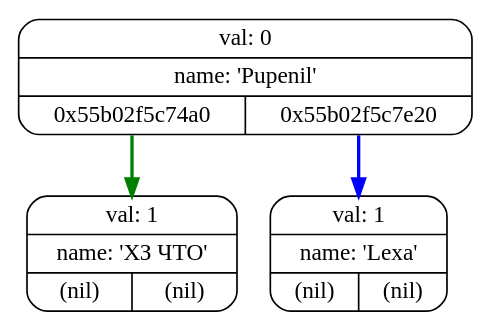
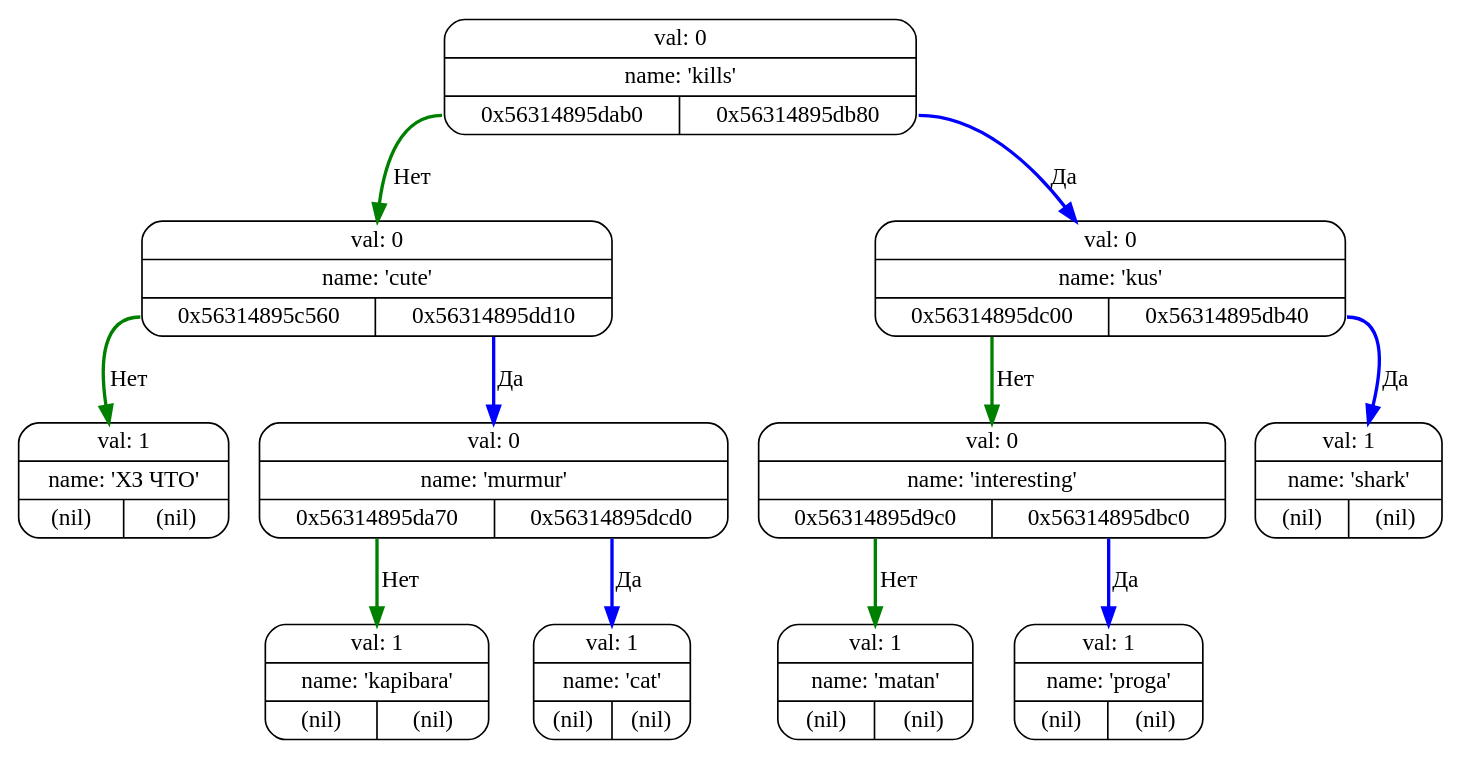
Before and after one commit to I1Va/akinator: the diagram in logs/graphviz_code_dir/1.dot, drawn with Graphviz. The commit also changed 41 other files, not shown here.

```diff
--- a/logs/graphviz_code_dir/1.dot
+++ b/logs/graphviz_code_dir/1.dot
@@ -1,8 +1,24 @@
 digraph G{
    rankdir=TB;
-   NODE0x55b02f5c74a0[pin=true,shape="Mrecord",label="{val: 1 | name: 'ХЗ ЧТО' | {<left> (nil) | <right> (nil)}}"];
-   NODE0x55b02f5c7e20[pin=true,shape="Mrecord",label="{val: 1 | name: 'Lexa' | {<left> (nil) | <right> (nil)}}"];
-   NODE0x55b02f5c7e60[pin=true,shape="Mrecord",label="{val: 0 | name: 'Pupenil' | {<left> 0x55b02f5c74a0 | <right> 0x55b02f5c7e20}}"];
-   NODE0x55b02f5c7e60:left -> NODE0x55b02f5c74a0 [color="green",penwidth=2];
-   NODE0x55b02f5c7e60:right -> NODE0x55b02f5c7e20 [color="blue",penwidth=2];
+   NODE0x56314895c560[pin=true,shape="Mrecord",label="{val: 1 | name: 'ХЗ ЧТО' | {<left> (nil) | <right> (nil)}}"];
+   NODE0x56314895d9c0[pin=true,shape="Mrecord",label="{val: 1 | name: 'matan' | {<left> (nil) | <right> (nil)}}"];
+   NODE0x56314895da00[pin=true,shape="Mrecord",label="{val: 0 | name: 'kills' | {<left> 0x56314895dab0 | <right> 0x56314895db80}}"];
+   NODE0x56314895da70[pin=true,shape="Mrecord",label="{val: 1 | name: 'kapibara' | {<left> (nil) | <right> (nil)}}"];
+   NODE0x56314895dab0[pin=true,shape="Mrecord",label="{val: 0 | name: 'cute' | {<left> 0x56314895c560 | <right> 0x56314895dd10}}"];
+   NODE0x56314895db40[pin=true,shape="Mrecord",label="{val: 1 | name: 'shark' | {<left> (nil) | <right> (nil)}}"];
+   NODE0x56314895db80[pin=true,shape="Mrecord",label="{val: 0 | name: 'kus' | {<left> 0x56314895dc00 | <right> 0x56314895db40}}"];
+   NODE0x56314895dbc0[pin=true,shape="Mrecord",label="{val: 1 | name: 'proga' | {<left> (nil) | <right> (nil)}}"];
+   NODE0x56314895dc00[pin=true,shape="Mrecord",label="{val: 0 | name: 'interesting' | {<left> 0x56314895d9c0 | <right> 0x56314895dbc0}}"];
+   NODE0x56314895dcd0[pin=true,shape="Mrecord",label="{val: 1 | name: 'cat' | {<left> (nil) | <right> (nil)}}"];
+   NODE0x56314895dd10[pin=true,shape="Mrecord",label="{val: 0 | name: 'murmur' | {<left> 0x56314895da70 | <right> 0x56314895dcd0}}"];
+   NODE0x56314895da00:left -> NODE0x56314895dab0 [color="green",penwidth=2,label="Нет"];
+   NODE0x56314895da00:right -> NODE0x56314895db80 [color="blue",penwidth=2,label="Да"];
+   NODE0x56314895dab0:left -> NODE0x56314895c560 [color="green",penwidth=2,label="Нет"];
+   NODE0x56314895dab0:right -> NODE0x56314895dd10 [color="blue",penwidth=2,label="Да"];
+   NODE0x56314895db80:left -> NODE0x56314895dc00 [color="green",penwidth=2,label="Нет"];
+   NODE0x56314895db80:right -> NODE0x56314895db40 [color="blue",penwidth=2,label="Да"];
+   NODE0x56314895dc00:left -> NODE0x56314895d9c0 [color="green",penwidth=2,label="Нет"];
+   NODE0x56314895dc00:right -> NODE0x56314895dbc0 [color="blue",penwidth=2,label="Да"];
+   NODE0x56314895dd10:left -> NODE0x56314895da70 [color="green",penwidth=2,label="Нет"];
+   NODE0x56314895dd10:right -> NODE0x56314895dcd0 [color="blue",penwidth=2,label="Да"];
 }
```
